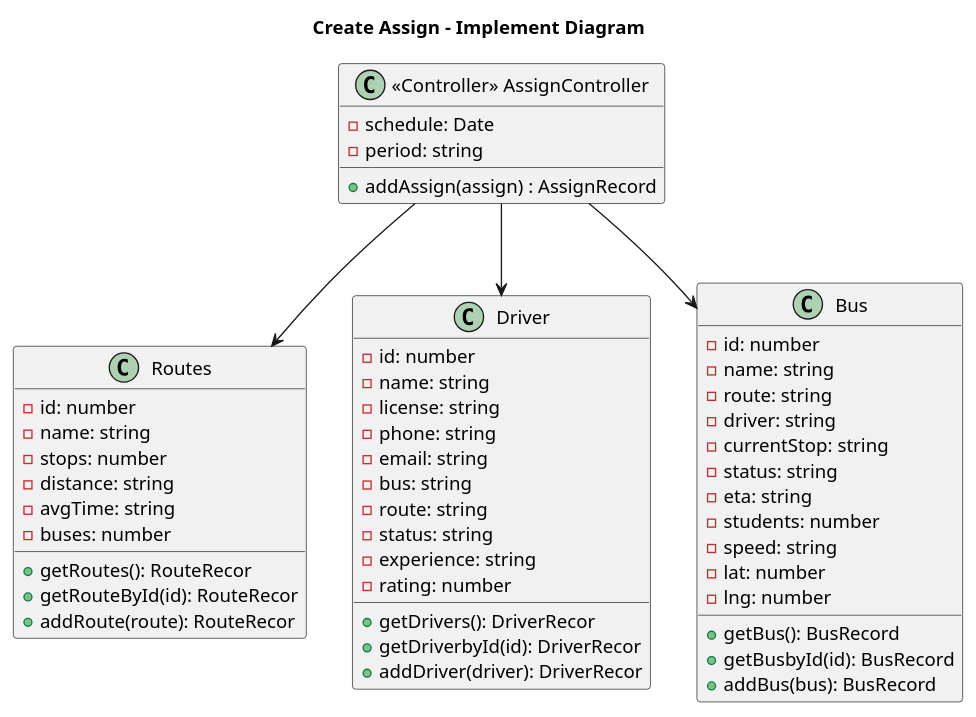
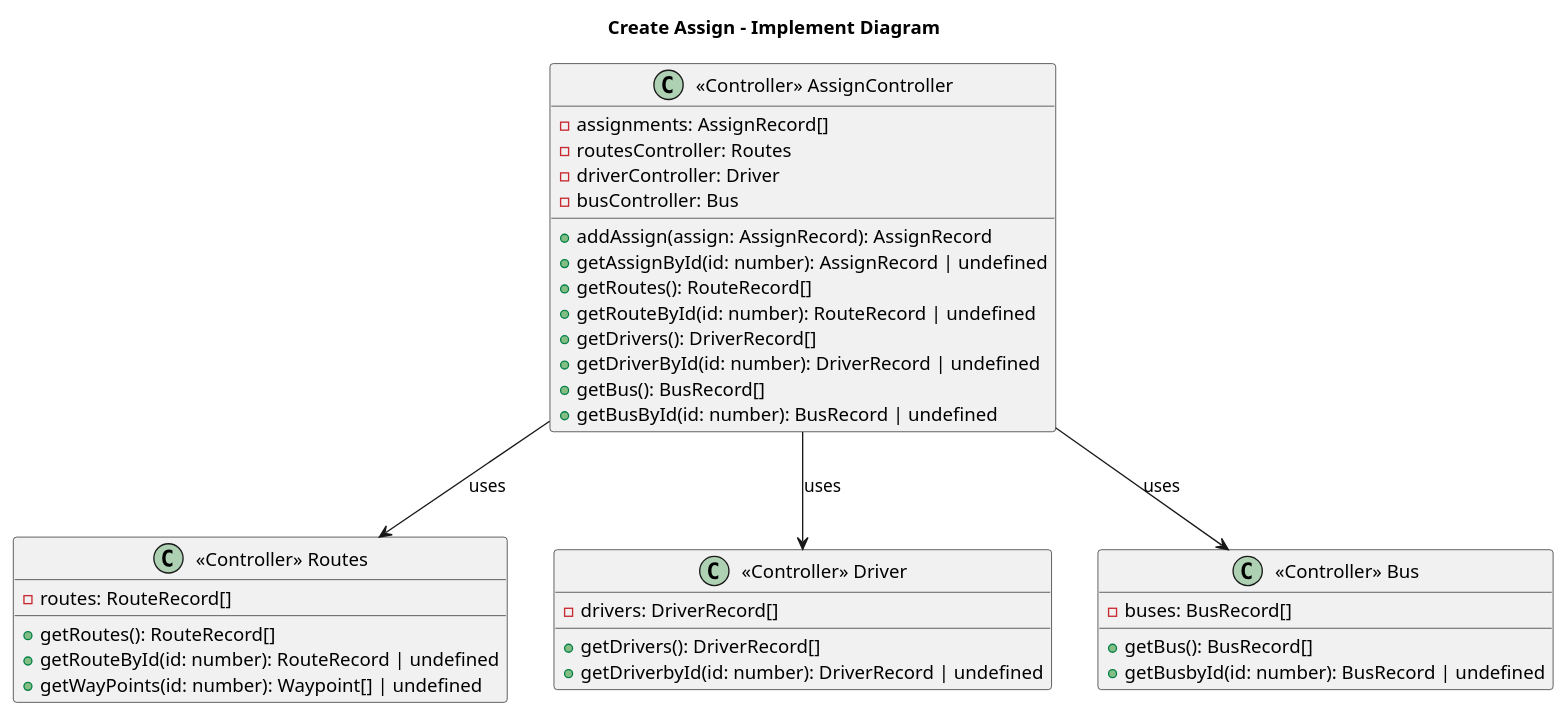
One commit to Bancie/UltraBus changed the diagram in Bus-Smart-app/public/model/uml/implement_and_sequence/createAssign_feature/implement.puml. Above: the diagram before and after it, drawn with PlantUML. The commit also changed 7 other files, not shown here.

First line of the commit message:
Update UML diagrams for assign and tracking features

```diff
--- a/Bus-Smart-app/public/model/uml/implement_and_sequence/createAssign_feature/implement.puml
+++ b/Bus-Smart-app/public/model/uml/implement_and_sequence/createAssign_feature/implement.puml
@@ -1,59 +1,42 @@
 @startuml
 title Create Assign - Implement Diagram
 
 class "<<Controller>> AssignController" as co {
-    - schedule: Date
-    - period: string
-    + addAssign(assign) : AssignRecord
+    - assignments: AssignRecord[]
+    - routesController: Routes
+    - driverController: Driver
+    - busController: Bus
+    + addAssign(assign: AssignRecord): AssignRecord
+    + getAssignById(id: number): AssignRecord | undefined
+    + getRoutes(): RouteRecord[]
+    + getRouteById(id: number): RouteRecord | undefined
+    + getDrivers(): DriverRecord[]
+    + getDriverById(id: number): DriverRecord | undefined
+    + getBus(): BusRecord[]
+    + getBusById(id: number): BusRecord | undefined
 }
 
-class "Routes" as ro {
-    - id: number
-    - name: string
-    - stops: number
-    - distance: string
-    - avgTime: string
-    - buses: number
-    + getRoutes(): RouteRecor
-    + getRouteById(id): RouteRecor
-    + addRoute(route): RouteRecor
+class "<<Controller>> Routes" as ro {
+    - routes: RouteRecord[]
+    + getRoutes(): RouteRecord[]
+    + getRouteById(id: number): RouteRecord | undefined
+    + getWayPoints(id: number): Waypoint[] | undefined
 }
 
-class "Driver" as dr {
-    - id: number
-    - name: string
-    - license: string
-    - phone: string
-    - email: string
-    - bus: string
-    - route: string
-    - status: string
-    - experience: string
-    - rating: number
-    + getDrivers(): DriverRecor
-    + getDriverbyId(id): DriverRecor
-    + addDriver(driver): DriverRecor
+class "<<Controller>> Driver" as dr {
+    - drivers: DriverRecord[]
+    + getDrivers(): DriverRecord[]
+    + getDriverbyId(id: number): DriverRecord | undefined
 }
 
-class "Bus" as bu {
-    - id: number
-    - name: string
-    - route: string
-    - driver: string
-    - currentStop: string
-    - status: string
-    - eta: string
-    - students: number
-    - speed: string
-    - lat: number
-    - lng: number
-    + getBus(): BusRecord
-    + getBusbyId(id): BusRecord
-    + addBus(bus): BusRecord
+class "<<Controller>> Bus" as bu {
+    - buses: BusRecord[]
+    + getBus(): BusRecord[]
+    + getBusbyId(id: number): BusRecord | undefined
 }
 
-co --> ro
-co --> dr
-co --> bu
+co --> ro : uses
+co --> dr : uses
+co --> bu : uses
 
 @enduml
```
